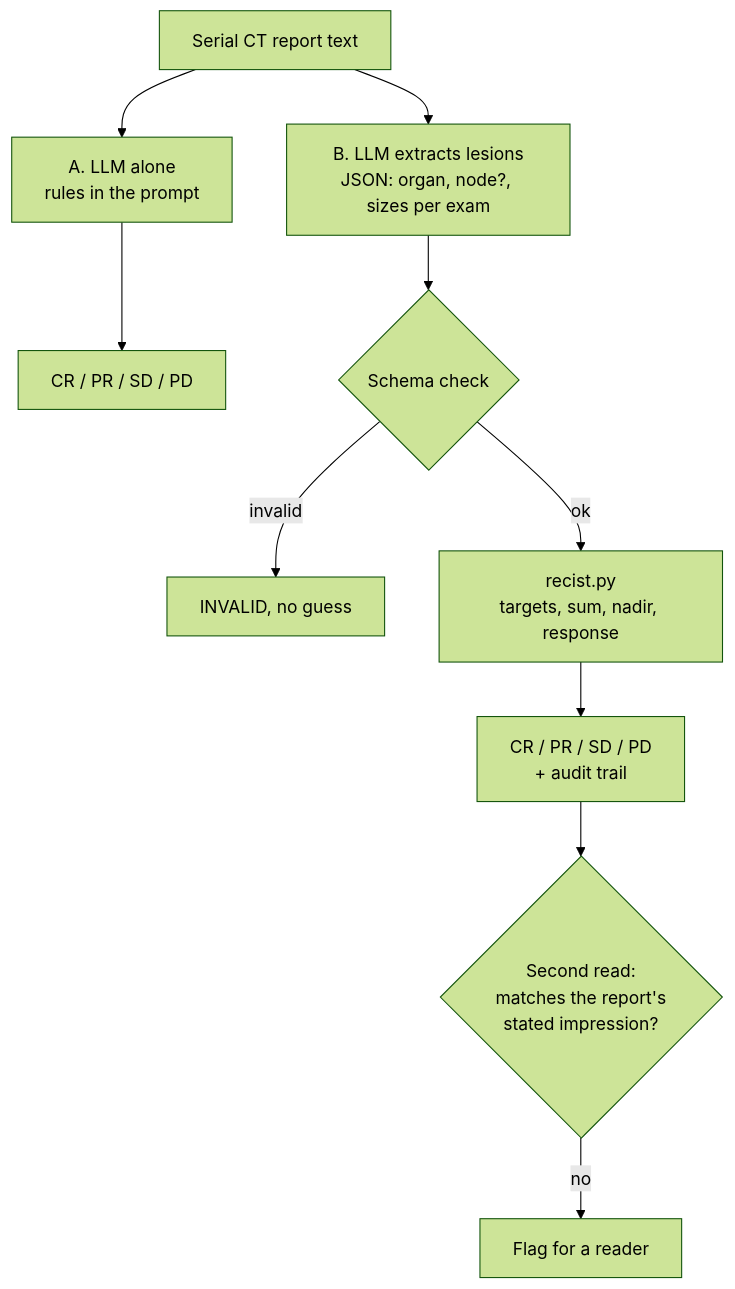
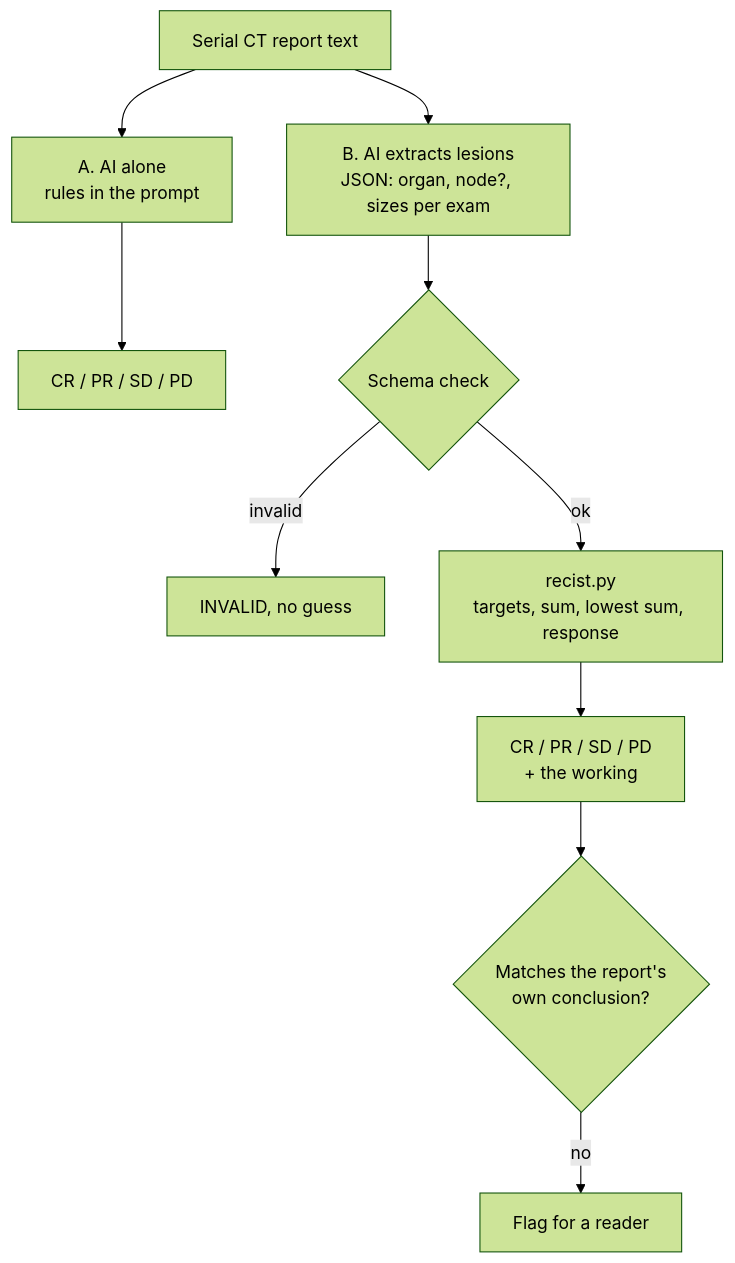
The diagram in README.md (mert5961/SecondRead), drawn with Mermaid (forest theme) before and after one commit. The commit also changed other lines of this file and 5 other files, not shown here.

First line of the commit message:
Visual README: hero case and edge-case chart (light + dark), details folded

````diff
--- a/README.md
+++ b/README.md
@@ -14,12 +54,12 @@
 ```mermaid
 flowchart TD
-    R[Serial CT report text] --> A[A. LLM alone<br/>rules in the prompt]
+    R[Serial CT report text] --> A[A. AI alone<br/>rules in the prompt]
     A --> AR[CR / PR / SD / PD]
-    R --> X[B. LLM extracts lesions<br/>JSON: organ, node?, sizes per exam]
+    R --> X[B. AI extracts lesions<br/>JSON: organ, node?, sizes per exam]
     X --> V{Schema check}
     V -->|invalid| N[INVALID, no guess]
-    V -->|ok| C[recist.py<br/>targets, sum, nadir, response]
-    C --> BR[CR / PR / SD / PD<br/>+ audit trail]
-    BR --> S{Second read:<br/>matches the report's<br/>stated impression?}
+    V -->|ok| C[recist.py<br/>targets, sum, lowest sum, response]
+    C --> BR[CR / PR / SD / PD<br/>+ the working]
+    BR --> S{Matches the report's<br/>own conclusion?}
     S -->|no| F[Flag for a reader]
 ```
````
